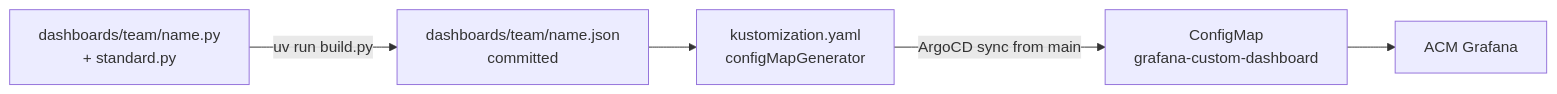
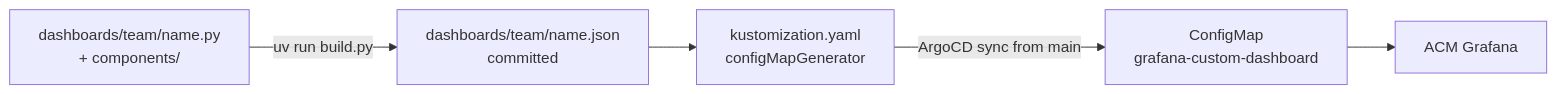
The diagram in doc/decisions/0004-dashboards-as-code.md (seanjin97/hack-multi-cluster-openshift-observability), drawn with Mermaid before and after one commit. The commit also changed other lines of this file and 30 other files, not shown here.

````diff
--- a/doc/decisions/0004-dashboards-as-code.md
+++ b/doc/decisions/0004-dashboards-as-code.md
@@ -18,5 +18,5 @@
 ```mermaid
 flowchart LR
-  src[dashboards/team/name.py<br/>+ standard.py] -- uv run build.py --> json[dashboards/team/name.json<br/>committed]
+  src[dashboards/team/name.py<br/>+ components/] -- uv run build.py --> json[dashboards/team/name.json<br/>committed]
   json --> k[kustomization.yaml<br/>configMapGenerator] -- ArgoCD sync from main --> cm[ConfigMap<br/>grafana-custom-dashboard] --> acm[ACM Grafana]
 ```
````
